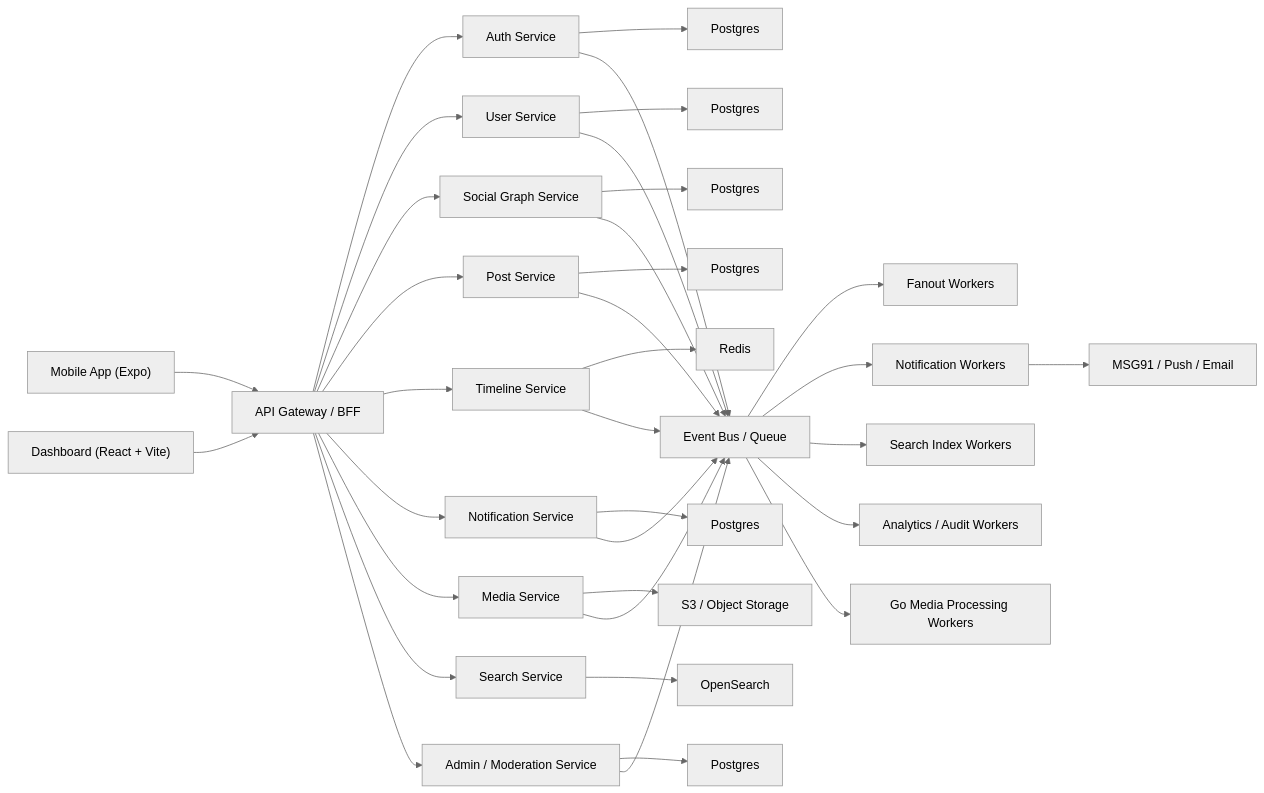
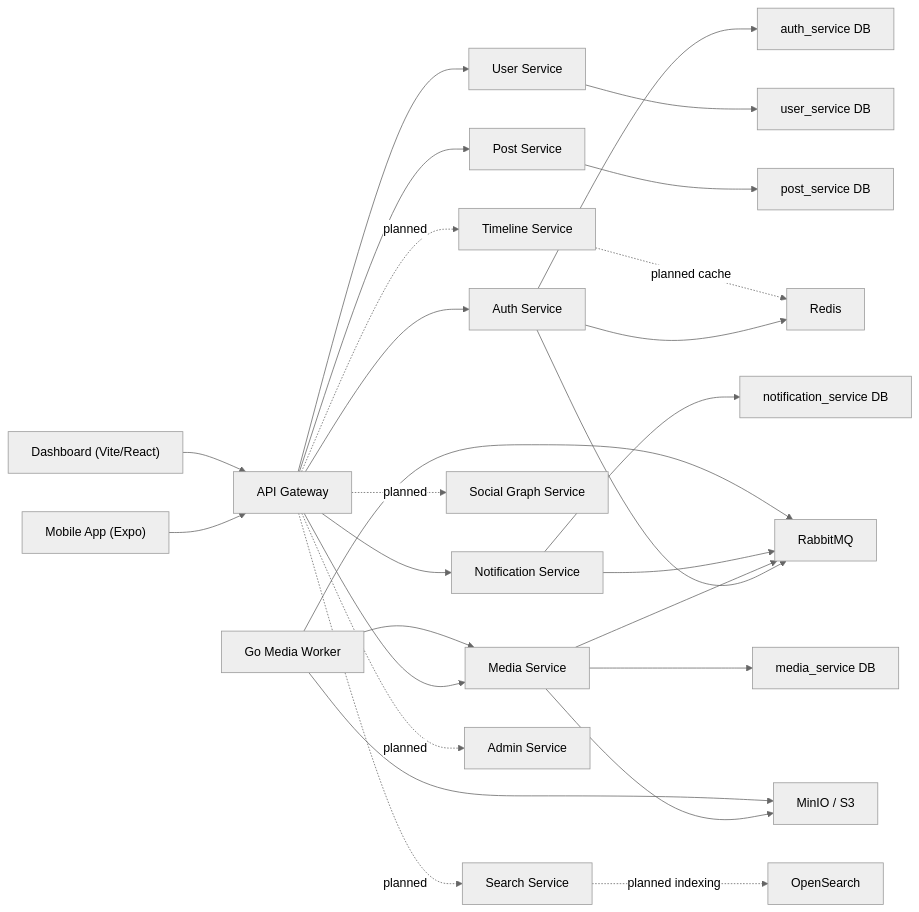
One commit to joyscripts/x.com changed the first of 4 diagrams in docs/system-design.md. Above: the diagram before and after it, drawn with Mermaid (neutral theme). The commit also changed other lines of this file and 9 other files, not shown here.

````diff
--- a/docs/system-design.md
+++ b/docs/system-design.md
@@ -81,42 +52,34 @@
 ```mermaid
 flowchart LR
-    A["Mobile App (Expo)"] --> G["API Gateway / BFF"]
-    B["Dashboard (React + Vite)"] --> G
+    M["Mobile App (Expo)"] --> G["API Gateway"]
+    D["Dashboard (Vite/React)"] --> G
 
-    G --> AU["Auth Service"]
-    G --> US["User Service"]
-    G --> SG["Social Graph Service"]
-    G --> PS["Post Service"]
-    G --> TL["Timeline Service"]
-    G --> NS["Notification Service"]
-    G --> MS["Media Service"]
-    G --> SS["Search Service"]
-    G --> AD["Admin / Moderation Service"]
+    G --> A["Auth Service"]
+    G --> U["User Service"]
+    G --> P["Post Service"]
+    G --> ME["Media Service"]
+    G --> N["Notification Service"]
 
-    AU --> AUDB["Postgres"]
-    US --> USDB["Postgres"]
-    SG --> SGDB["Postgres"]
-    PS --> PSDB["Postgres"]
-    TL --> TLR["Redis"]
-    NS --> NSDB["Postgres"]
-    MS --> OBJ["S3 / Object Storage"]
-    SS --> OSP["OpenSearch"]
-    AD --> ADDB["Postgres"]
+    G -. "planned" .-> SG["Social Graph Service"]
+    G -. "planned" .-> T["Timeline Service"]
+    G -. "planned" .-> S["Search Service"]
+    G -. "planned" .-> AD["Admin Service"]
 
-    AU --> BUS["Event Bus / Queue"]
-    US --> BUS
-    SG --> BUS
-    PS --> BUS
-    MS --> BUS
-    TL --> BUS
-    NS --> BUS
-    AD --> BUS
+    A --> ADB["auth_service DB"]
+    U --> UDB["user_service DB"]
+    P --> PDB["post_service DB"]
+    ME --> MEDB["media_service DB"]
+    N --> NDB["notification_service DB"]
 
-    BUS --> W1["Fanout Workers"]
-    BUS --> W2["Notification Workers"]
-    BUS --> W3["Search Index Workers"]
-    BUS --> W4["Analytics / Audit Workers"]
-    BUS --> GO["Go Media Processing Workers"]
+    A --> R["Redis"]
+    A --> MQ["RabbitMQ"]
+    ME --> OBJ["MinIO / S3"]
+    ME --> MQ
+    N --> MQ
+    W["Go Media Worker"] --> MQ
+    W --> OBJ
+    W --> ME
 
-    W2 --> MSG["MSG91 / Push / Email"]
+    S -. "planned indexing" .-> OS["OpenSearch"]
+    T -. "planned cache" .-> R
 ```
````
